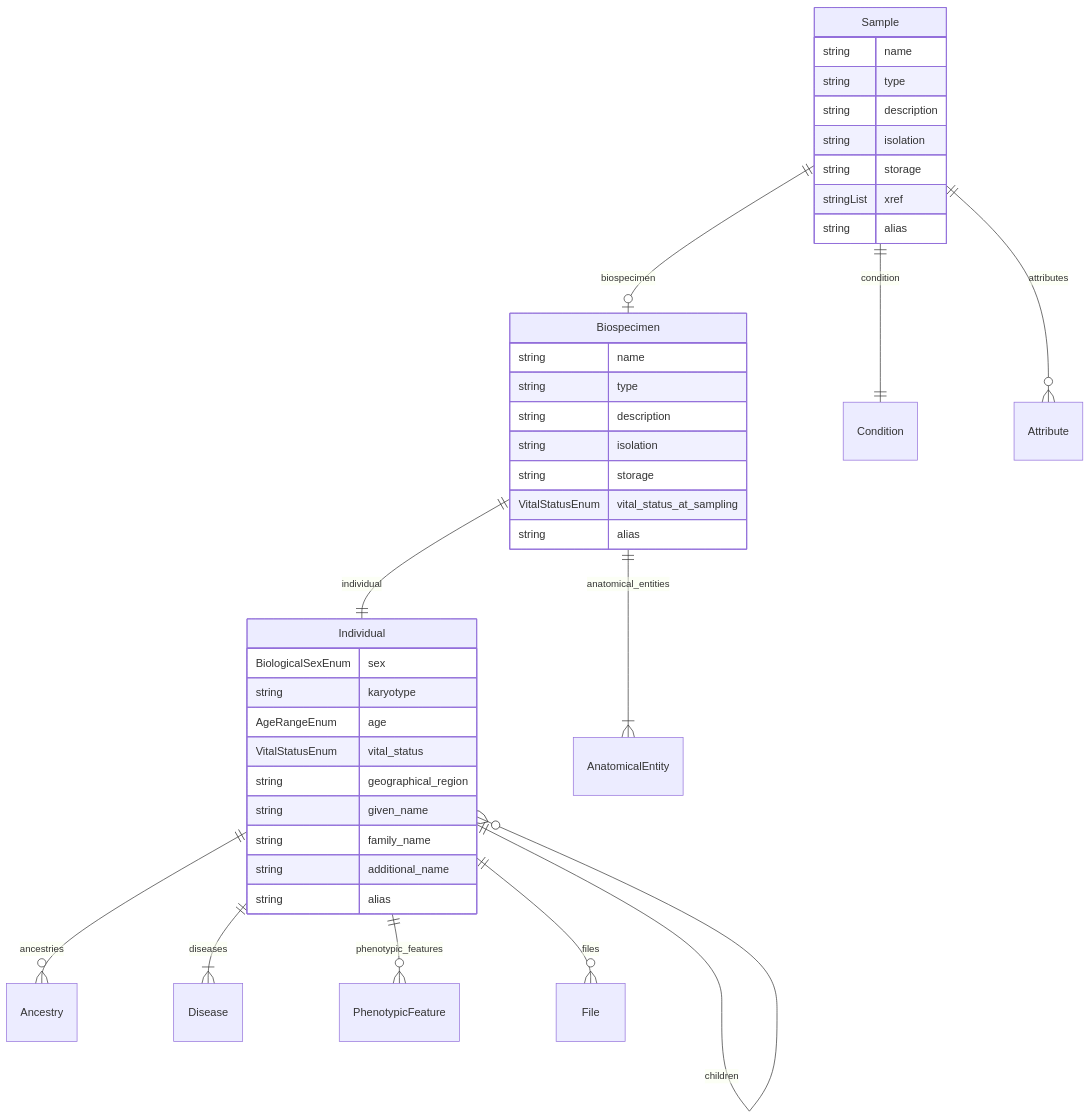
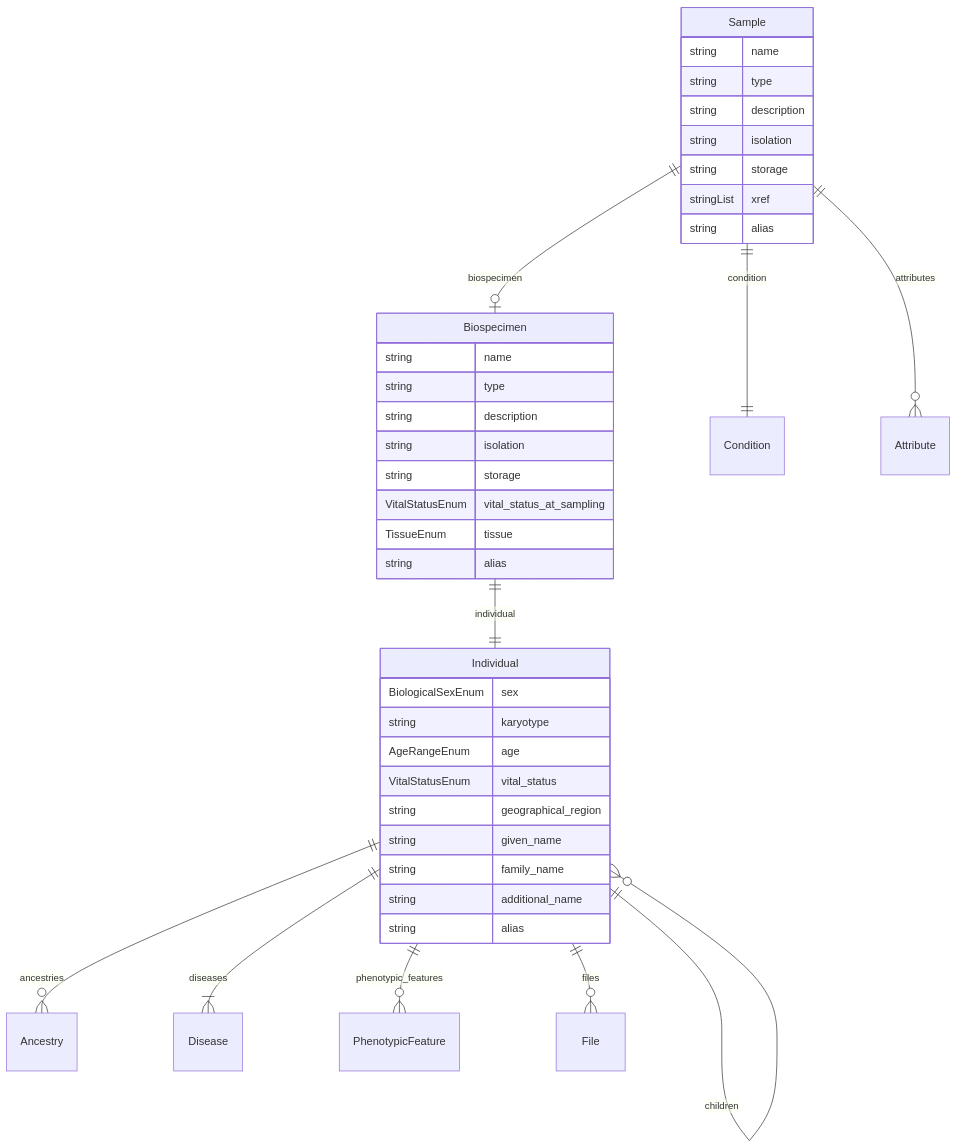
Before and after one commit to ghga-de/ghga-metadata-schema: the fifth of 7 diagrams in docs/entity_relations.md, drawn with Mermaid. The commit also changed other lines of this file and 9 other files, not shown here.

Commit message:
Add TissueEnum and Biospecimen.tissue

````diff
--- a/docs/entity_relations.md
+++ b/docs/entity_relations.md
@@ -270,45 +265,45 @@
 ```mermaid
 erDiagram
 Individual {
     BiologicalSexEnum sex  
     string karyotype  
     AgeRangeEnum age  
     VitalStatusEnum vital_status  
     string geographical_region  
     string given_name  
     string family_name  
     string additional_name  
     string alias  
 }
 Biospecimen {
     string name  
     string type  
     string description  
     string isolation  
     string storage  
     VitalStatusEnum vital_status_at_sampling  
+    TissueEnum tissue  
     string alias  
 }
 Sample {
     string name  
     string type  
     string description  
     string isolation  
     string storage  
     stringList xref  
     string alias  
 }
 
 Individual ||--}o Ancestry : "ancestries"
 Individual ||--}o Individual : "parents"
 Individual ||--}o Individual : "children"
 Individual ||--}| Disease : "diseases"
 Individual ||--}o PhenotypicFeature : "phenotypic_features"
 Individual ||--}o File : "files"
 Biospecimen ||--|| Individual : "individual"
-Biospecimen ||--}| AnatomicalEntity : "anatomical_entities"
 Sample ||--|o Biospecimen : "biospecimen"
 Sample ||--|| Condition : "condition"
 Sample ||--}o Attribute : "attributes"
 
 ```
````
